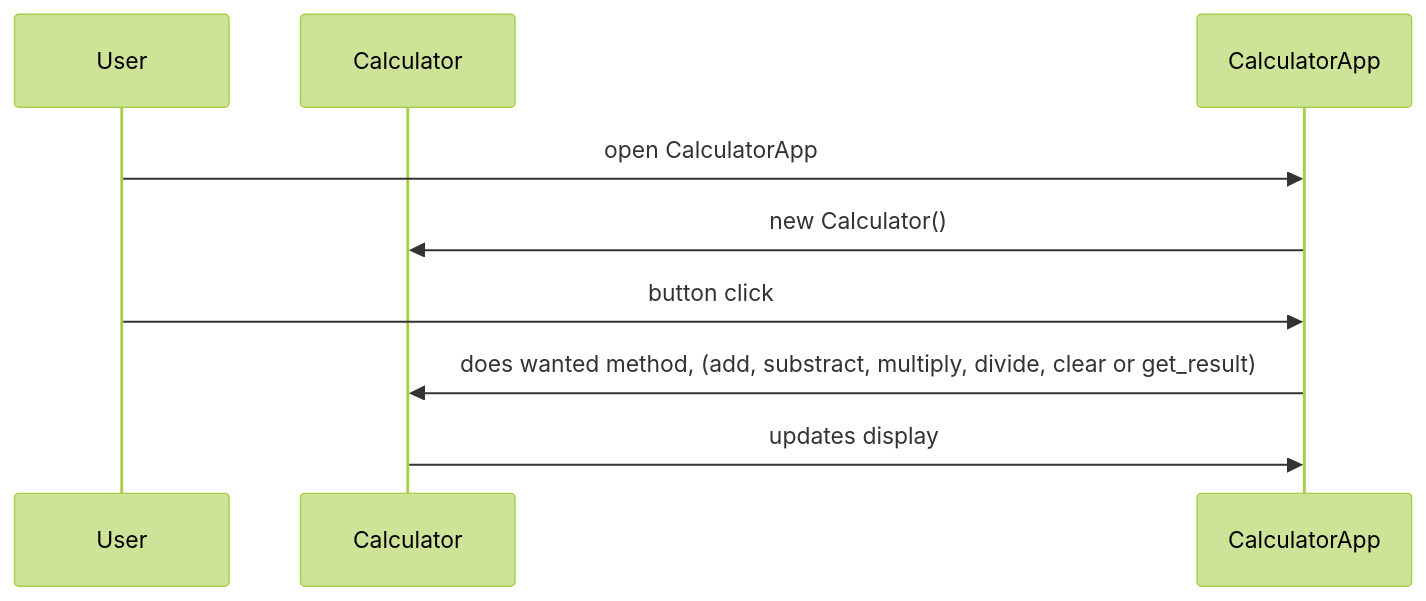
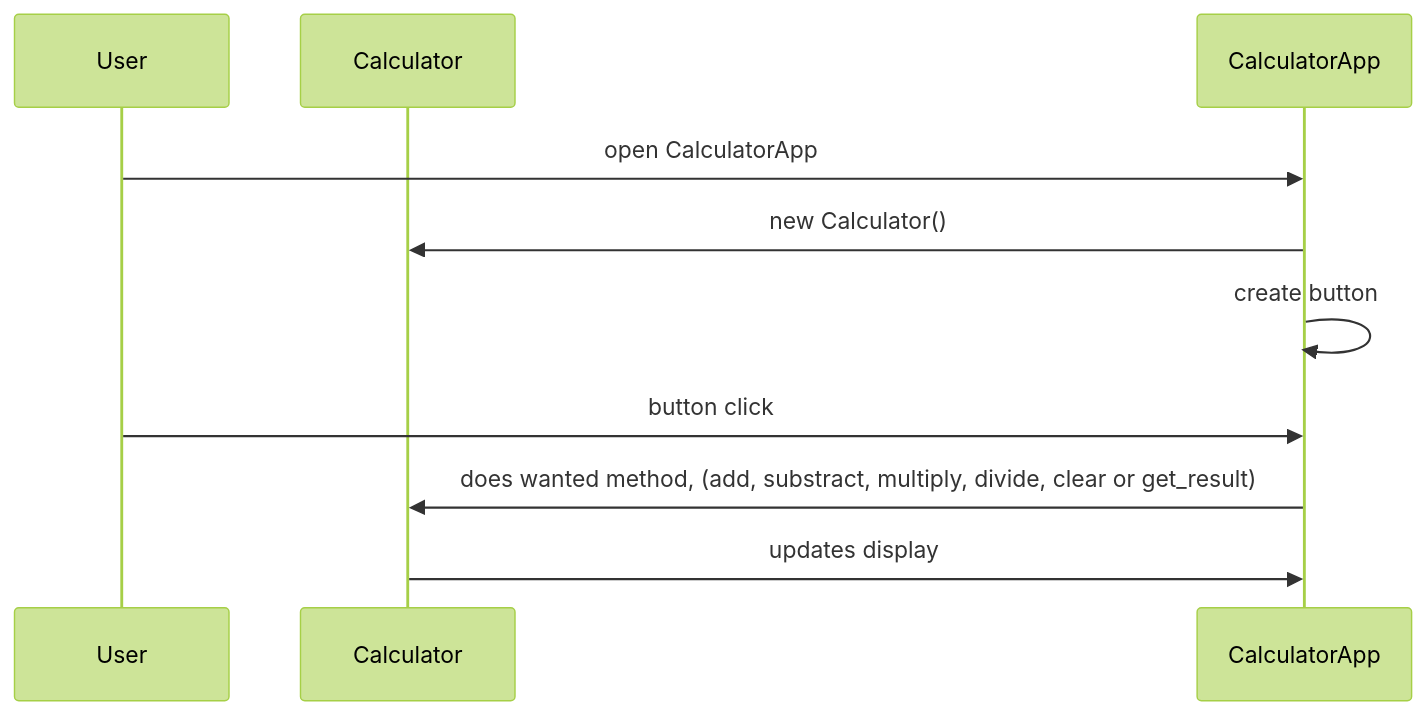
Before and after one commit to ainkeri/Calculator: the diagram in calculator/dokumentaatio/arkkitehtuuri.md, drawn with Mermaid (forest theme).

Commit message:
arkkitehtuuri

````diff
--- a/calculator/dokumentaatio/arkkitehtuuri.md
+++ b/calculator/dokumentaatio/arkkitehtuuri.md
@@ -3,12 +3,13 @@
 ```mermaid
 sequenceDiagram
     participant User
     participant Calculator
     participant CalculatorApp
     User ->> CalculatorApp: open CalculatorApp
     CalculatorApp ->> Calculator: new Calculator()
+    CalculatorApp ->> CalculatorApp: create button
     User ->> CalculatorApp: button click
     CalculatorApp ->> Calculator: does wanted method, (add, substract, multiply, divide, clear or get_result) 
     Calculator ->> CalculatorApp: updates display
   
 ```
````
